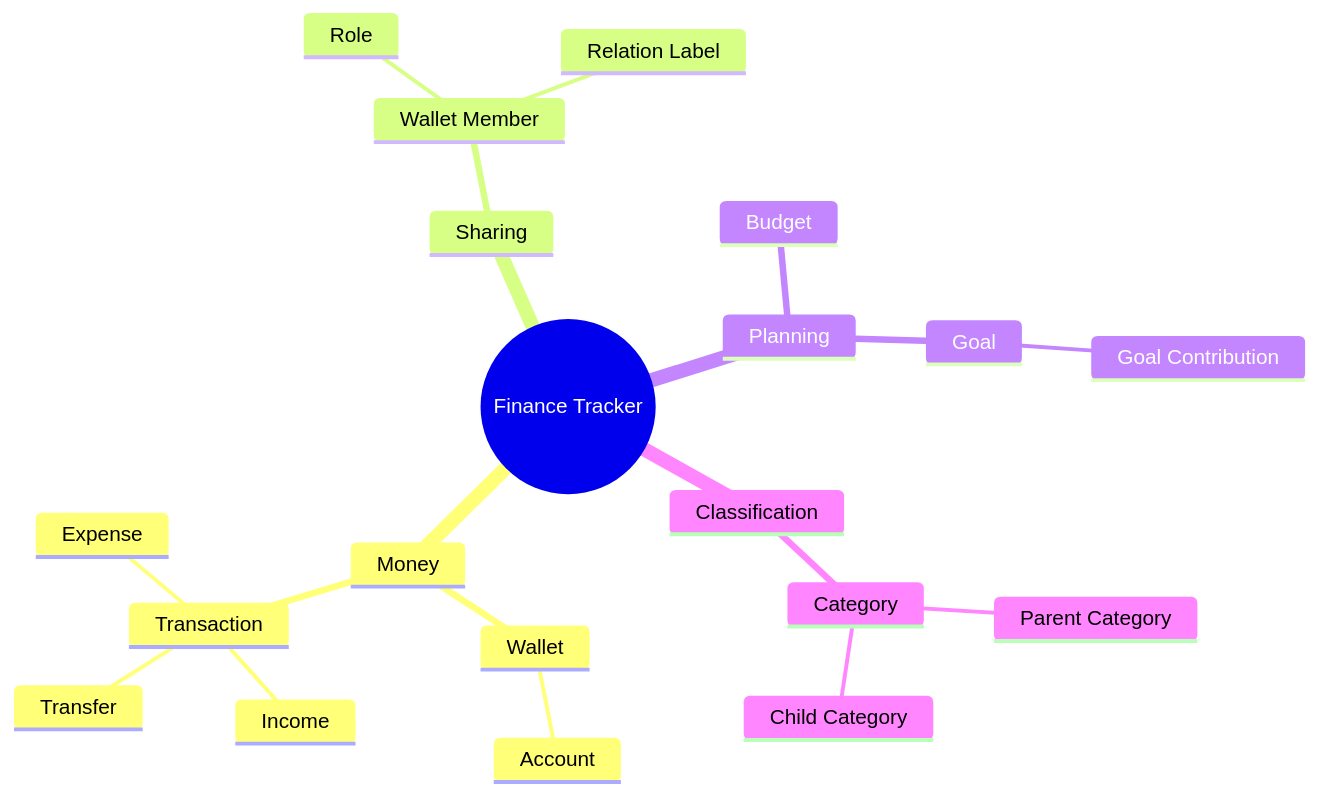
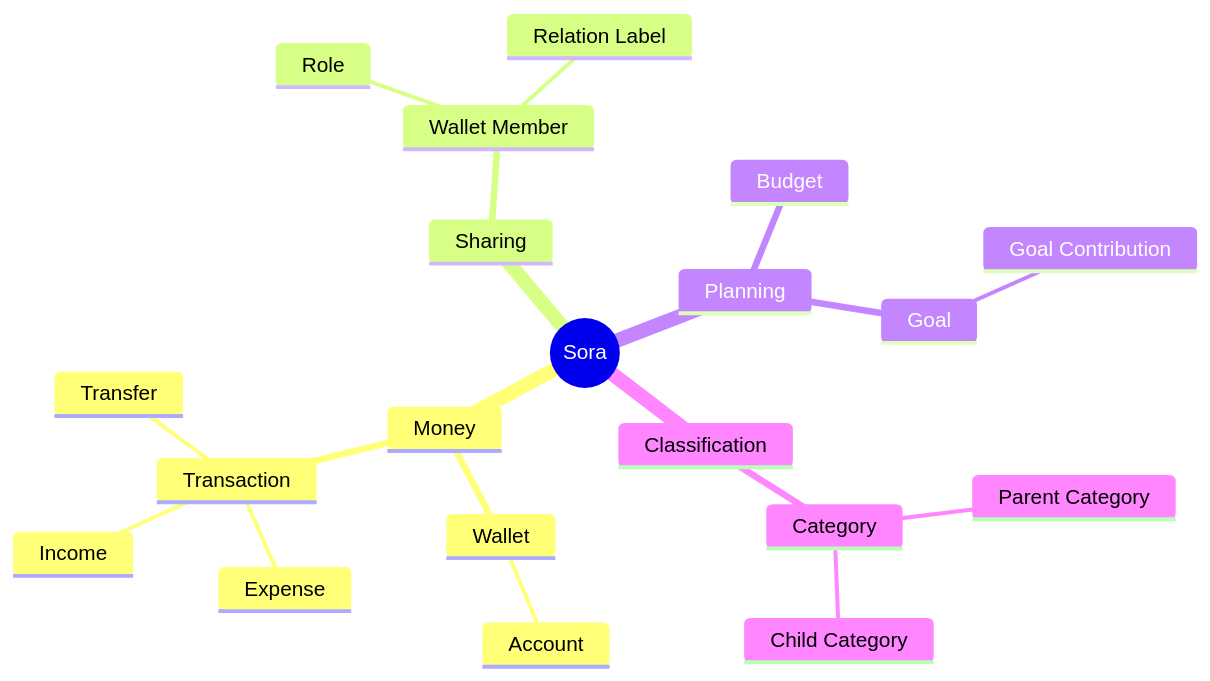
One commit to ellie2222222/Sora changed the third of 3 diagrams in finance_tracker_domain_database_design.md. Above: the diagram before and after it, drawn with Mermaid. The commit also changed other lines of this file and 103 other files, not shown here.

Commit message:
Rename Finance Tracker to Sora (@finance/*→@sora/*), add npm run setup/dev convenience scripts, document a Destructive Commands policy in CLAUDE.md, add missing Google Sign-In env vars to .env.example

````diff
--- a/finance_tracker_domain_database_design.md
+++ b/finance_tracker_domain_database_design.md
@@ -1096,26 +1096,26 @@
 ```mermaid
 mindmap
-  root((Finance Tracker))
+  root((Sora))
     Money
       Wallet
         Account
       Transaction
         Income
         Expense
         Transfer
 
     Sharing
       Wallet Member
         Role
         Relation Label
 
     Planning
       Budget
       Goal
         Goal Contribution
 
     Classification
       Category
         Parent Category
         Child Category
 ```
````
